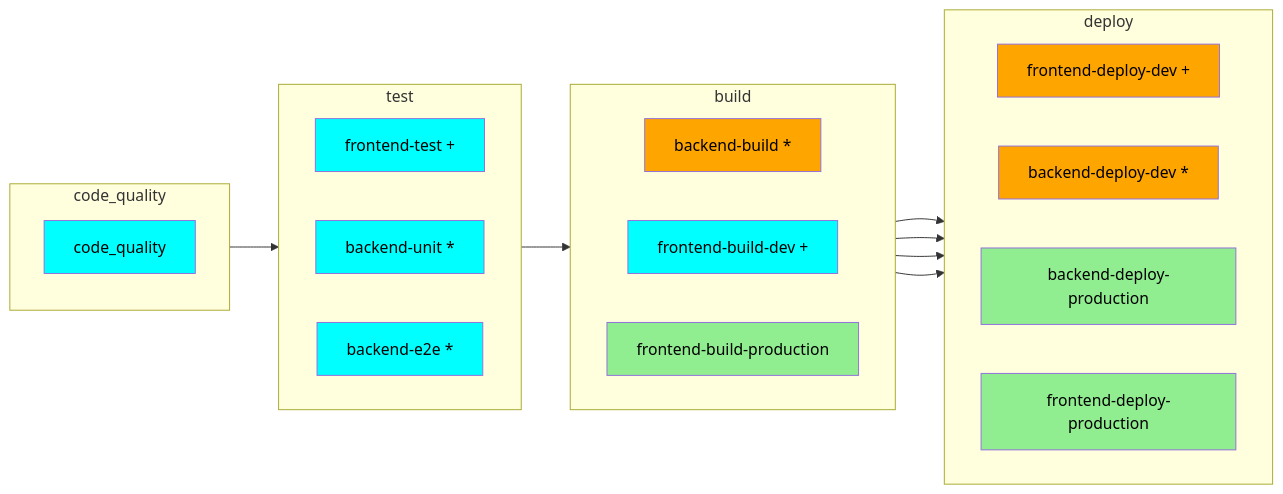
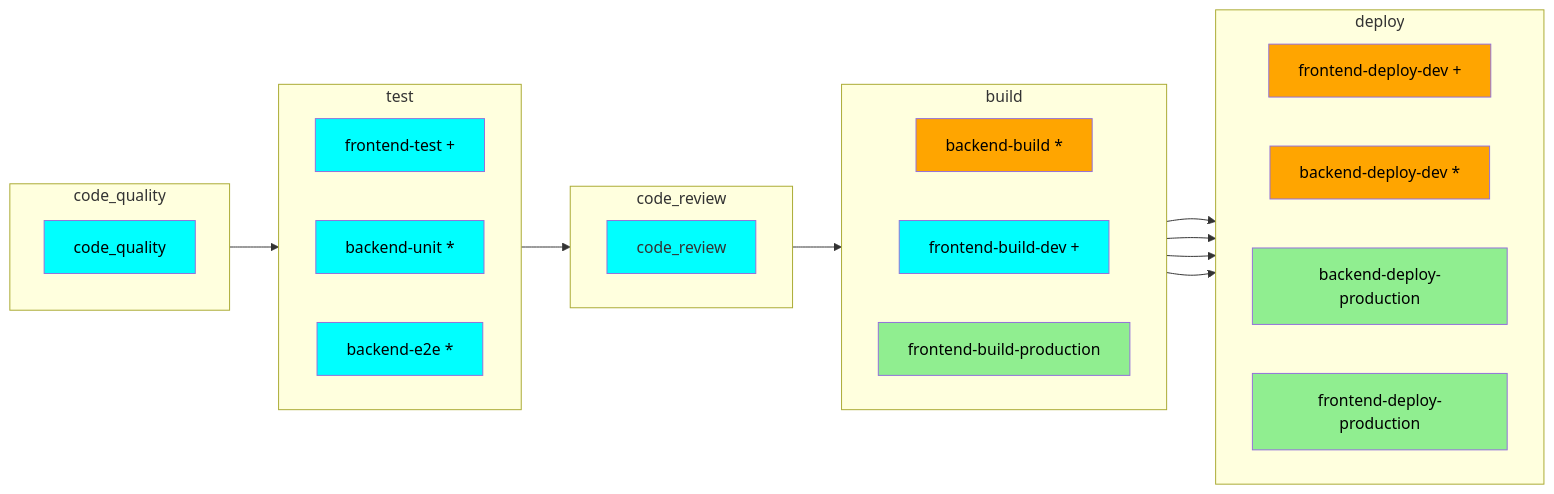
One commit to profiq/items-management-app changed the first of 2 diagrams in README.md. Above: the diagram before and after it, drawn with Mermaid. The commit also changed other lines of this file and 11 other files, not shown here.

Commit message:
ci/cd: #129 add automatic code review using auggie

````diff
--- a/README.md
+++ b/README.md
@@ -450,49 +508,55 @@
 ```mermaid
 flowchart LR
     subgraph sub_cq[code_quality]
     node_cq[code_quality]
     end
     style node_cq fill:cyan,color:black
 
     subgraph sub_test[test]
         direction LR
         node_fe_test[frontend-test +]
         node_be_test_unit[backend-unit *]
         node_be_test_e2e[backend-e2e *]
     end
     sub_cq --> sub_test
     style node_fe_test fill:cyan,color:black
     style node_be_test_unit fill:cyan,color:black
     style node_be_test_e2e fill:cyan,color:black
 
+    subgraph sub_code_review[code_review]
+        direction LR
+        node_code_review[code_review]
+    end
+    sub_test --> sub_code_review
+    style node_code_review fill:cyan
 
     subgraph sub_build[build]
         direction LR
         node_be_build[backend-build *]
         node_fe_build_dev[frontend-build-dev +]
         node_fe_build_prod[frontend-build-production]
     end
-    sub_test --> sub_build
+    sub_code_review --> sub_build
     style node_fe_build_dev fill:cyan,color:black
     style node_be_build fill:orange,color:black
     style node_fe_build_prod fill:lightgreen,color:black
 
     subgraph sub_deploy[deploy]
         direction LR
         node_fe_deploy_dev[frontend-deploy-dev +]
         node_be_deploy_dev[backend-deploy-dev *]
         node_be_deploy_prod[backend-deploy-production]
         node_fe_deploy_prod[frontend-deploy-production]
     end
 
     node_be_build --> node_be_deploy_dev
     node_be_build --> node_be_deploy_prod
     node_fe_build_dev --> node_fe_deploy_dev
     node_fe_build_prod --> node_fe_deploy_prod
 
     style node_fe_deploy_prod fill:lightgreen,color:black
     style node_be_deploy_prod fill:lightgreen,color:black
 
     style node_fe_deploy_dev fill:orange,color:black
     style node_be_deploy_dev fill:orange,color:black
 ```
````
